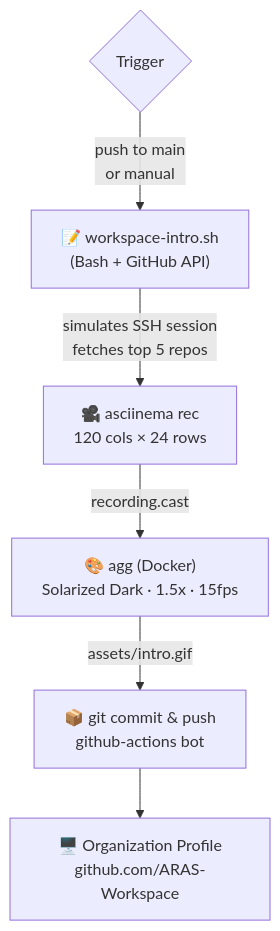
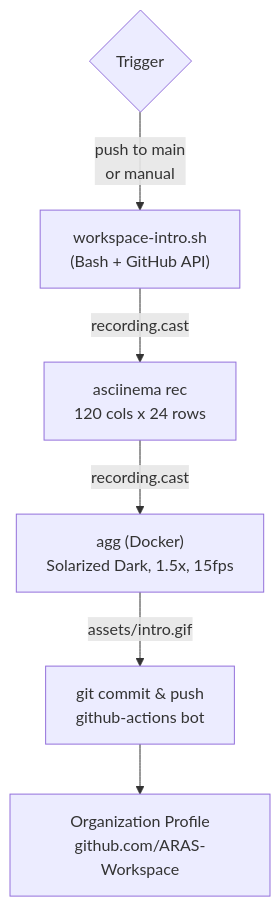
One commit to ARAS-Workspace/.github changed the diagram in README.md. Above: the diagram before and after it, drawn with Mermaid.

Commit message:
Try to fix Mermaid escape character issue

````diff
--- a/README.md
+++ b/README.md
@@ -14,14 +14,9 @@
 ```mermaid
-  flowchart TD                                                                                                                                                                                                                                                                                                                                                
-      T{"Trigger"} -->|push to main\nor manual| A                                                                                                                                                                                                                                                                                                             
-                                                                                                                                                                                                                                                                                                                                                              
-      A["📝 workspace-intro.sh\n(Bash + GitHub API)"] -->|simulates SSH session\nfetches top 5 repos| B                                                                                                                                                                                                                                                       
-                                                                                                                                                                                                                                                                                                                                                              
-      B["🎥 asciinema rec\n120 cols × 24 rows"] -->|recording.cast| C                                                                                                                                                                                                                                                                                         
-                                                                                                                                                                                                                                                                                                                                                              
-      C["🎨 agg (Docker)\nSolarized Dark · 1.5x · 15fps"] -->|assets/intro.gif| D                                                                                                                                                                                                                                                                             
-                                                                                                                                                                                                                                                                                                                                                              
-      D["📦 git commit & push\ngithub-actions bot"] --> E                                                                                                                                                                                                                                                                                                     
-                                                                                                                                                                                                                                                                                                                                                              
-      E["🖥️ Organization Profile\ngithub.com/ARAS-Workspace"]  
+flowchart TD
+    T{"Trigger"} -->|push to main<br>or manual| A
+    A["workspace-intro.sh<br>(Bash + GitHub API)"] -->|recording.cast| B
+    B["asciinema rec<br>120 cols x 24 rows"] -->|recording.cast| C
+    C["agg (Docker)<br>Solarized Dark, 1.5x, 15fps"] -->|assets/intro.gif| D
+    D["git commit & push<br>github-actions bot"] --> E
+    E["Organization Profile<br>github.com/ARAS-Workspace"]
 ```
````
